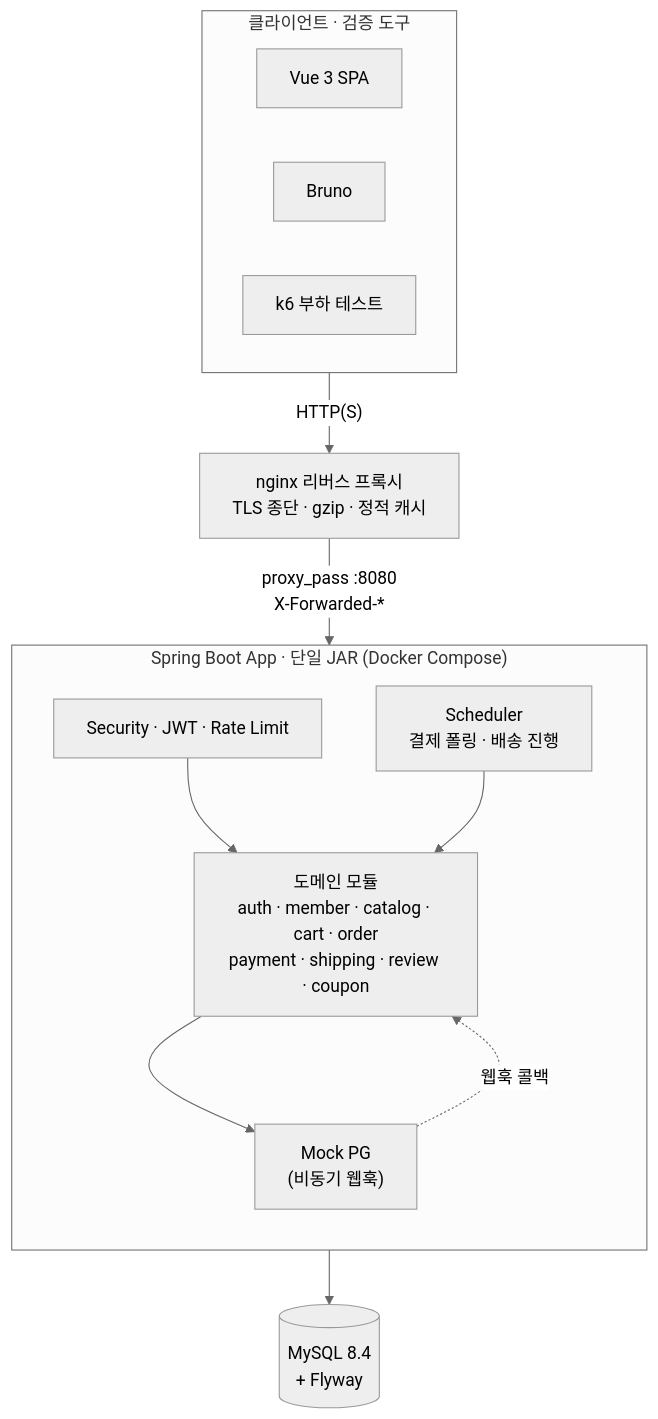
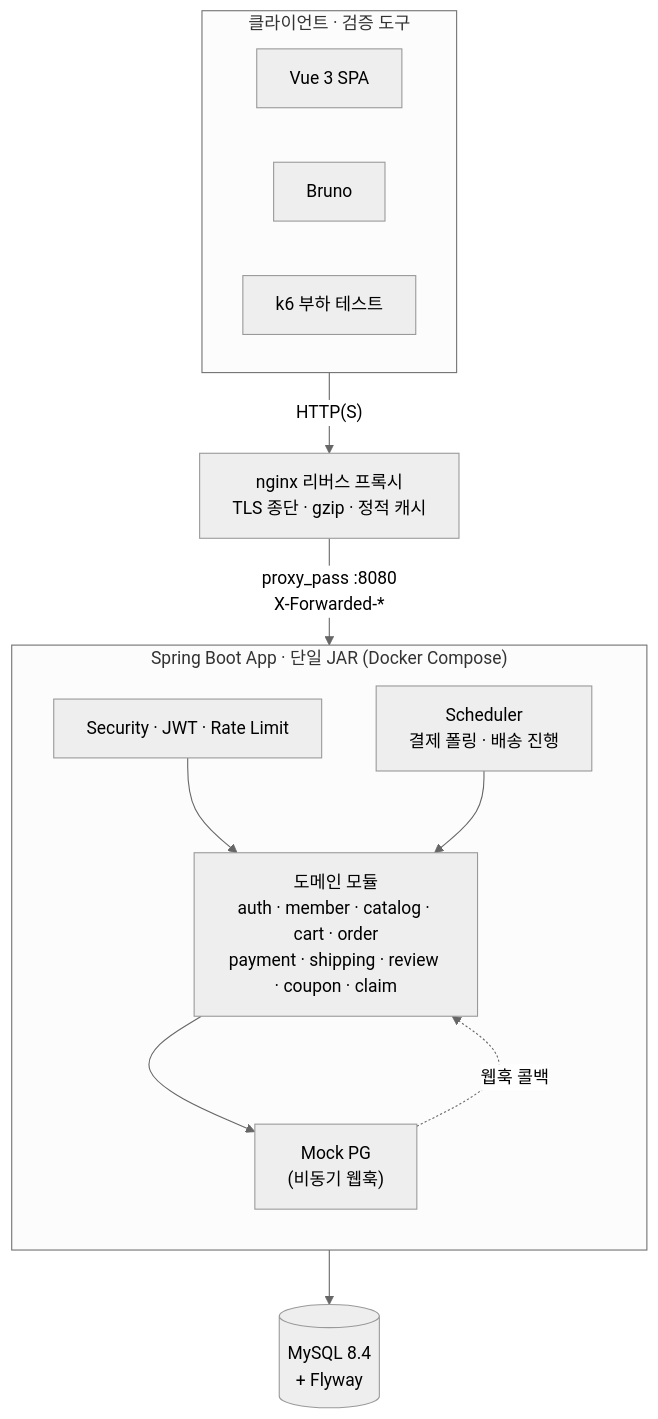
One commit to heygw44/groove changed the diagram in README.md. Above: the diagram before and after it, drawn with Mermaid (neutral theme). The commit also changed other lines of this file and 5 other files, not shown here.

````diff
--- a/README.md
+++ b/README.md
@@ -59,28 +61,28 @@
 ```mermaid
 flowchart TB
     subgraph clients["클라이언트 · 검증 도구"]
         Vue["Vue 3 SPA"]
         Bruno["Bruno"]
         k6["k6 부하 테스트"]
     end
 
     Nginx["nginx 리버스 프록시<br/>TLS 종단 · gzip · 정적 캐시"]
 
     subgraph app["Spring Boot App · 단일 JAR (Docker Compose)"]
         direction TB
         Sec["Security · JWT · Rate Limit"]
-        Domains["도메인 모듈<br/>auth · member · catalog · cart · order<br/>payment · shipping · review · coupon"]
+        Domains["도메인 모듈<br/>auth · member · catalog · cart · order<br/>payment · shipping · review · coupon · claim"]
         MockPG["Mock PG<br/>(비동기 웹훅)"]
         Sched["Scheduler<br/>결제 폴링 · 배송 진행"]
     end
 
     DB[("MySQL 8.4<br/>+ Flyway")]
 
     clients -->|"HTTP(S)"| Nginx
     Nginx -->|"proxy_pass :8080<br/>X-Forwarded-*"| Sec
     Sec --> Domains
     Domains --> MockPG
     MockPG -.->|"웹훅 콜백"| Domains
     Sched --> Domains
     Domains --> DB
 ```
````
